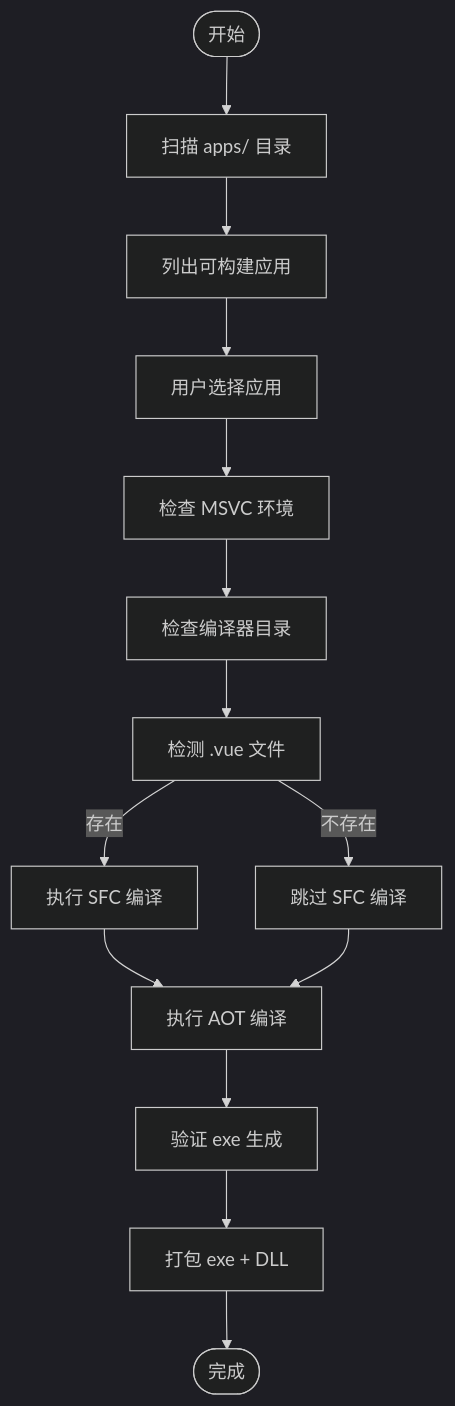
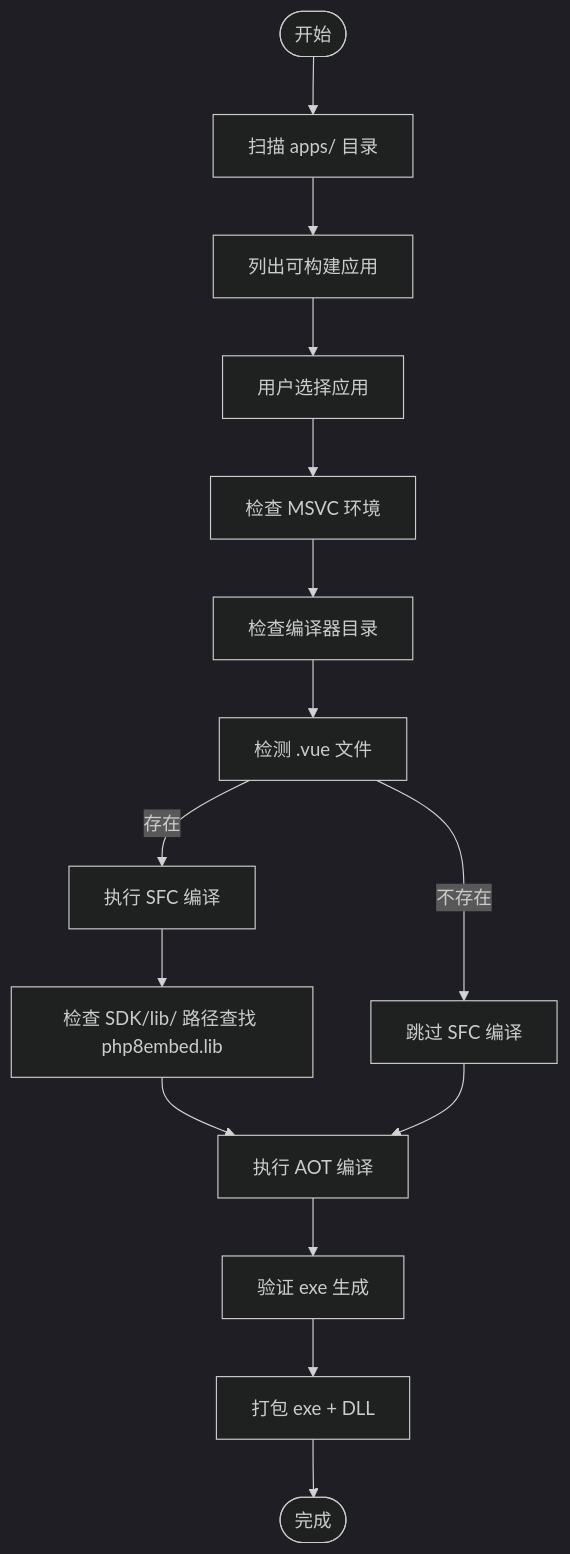
Before and after one commit to xingye00186/PHP-Data-UI-Framework-powered-by-swooleAOT: the third of 9 diagrams in .qoder/repowiki/zh/content/构建和部署.md, drawn with Mermaid (dark theme). The commit also changed other lines of this file and 3 other files, not shown here.

````diff
--- a/.qoder/repowiki/zh/content/构建和部署.md
+++ b/.qoder/repowiki/zh/content/构建和部署.md
@@ -134,16 +138,17 @@
 ```mermaid
 flowchart TD
 Start(["开始"]) --> Scan["扫描 apps/ 目录"]
 Scan --> List["列出可构建应用"]
 List --> Choose["用户选择应用"]
 Choose --> CheckEnv["检查 MSVC 环境"]
 CheckEnv --> CheckCompiler["检查编译器目录"]
 CheckCompiler --> DetectVue["检测 .vue 文件"]
 DetectVue --> |存在| SFC["执行 SFC 编译"]
 DetectVue --> |不存在| SkipSFC["跳过 SFC 编译"]
-SFC --> AOT["执行 AOT 编译"]
+SFC --> SDKCheck["检查 SDK/lib/ 路径查找 php8embed.lib"]
+SDKCheck --> AOT["执行 AOT 编译"]
 SkipSFC --> AOT
 AOT --> CheckExe["验证 exe 生成"]
 CheckExe --> Package["打包 exe + DLL"]
 Package --> End(["完成"])
 ```
````
